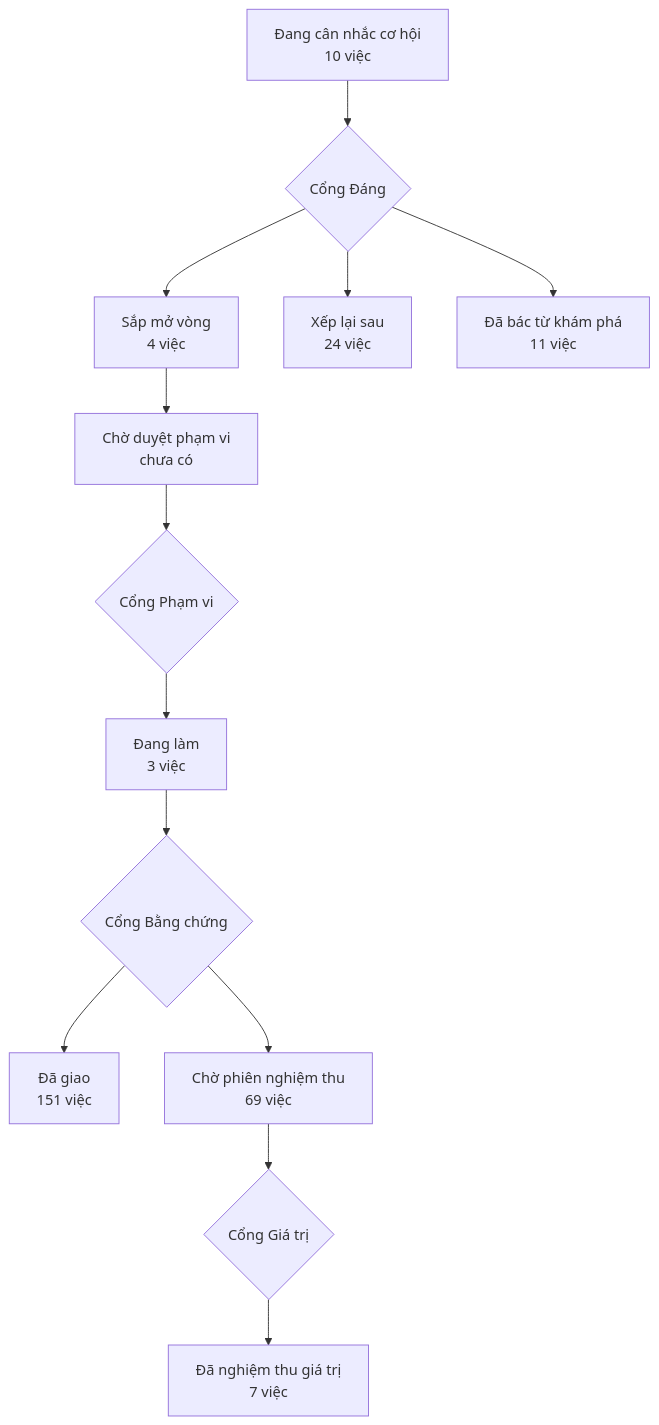
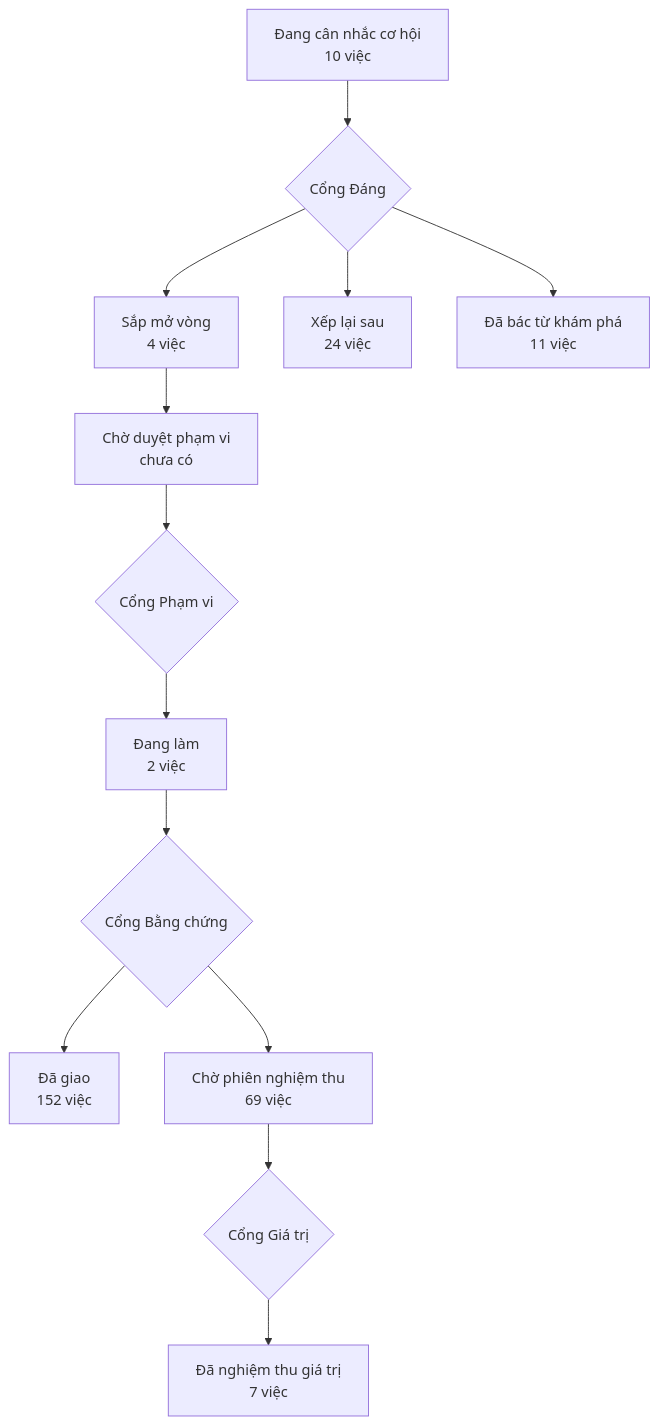
One commit to phanlemanh/acceptance-gate-kit changed the diagram in PRODUCT-MAP.md. Above: the diagram before and after it, drawn with Mermaid. The commit also changed other lines of this file and 8 other files, not shown here.

````diff
--- a/PRODUCT-MAP.md
+++ b/PRODUCT-MAP.md
@@ -7,12 +7,12 @@
 ```mermaid
 flowchart TD
   A["Đang cân nhắc cơ hội<br/>10 việc"] --> GD{"Cổng Đáng"}
   GD --> B["Sắp mở vòng<br/>4 việc"]
   GD --> XL["Xếp lại sau<br/>24 việc"]
   GD --> DB["Đã bác từ khám phá<br/>11 việc"]
   B --> CD["Chờ duyệt phạm vi<br/>chưa có"] --> GP{"Cổng Phạm vi"}
-  GP --> DL["Đang làm<br/>3 việc"] --> GB{"Cổng Bằng chứng"}
-  GB --> DG["Đã giao<br/>151 việc"]
+  GP --> DL["Đang làm<br/>2 việc"] --> GB{"Cổng Bằng chứng"}
+  GB --> DG["Đã giao<br/>152 việc"]
   GB --> CN["Chờ phiên nghiệm thu<br/>69 việc"] --> GG{"Cổng Giá trị"}
   GG --> NT["Đã nghiệm thu giá trị<br/>7 việc"]
 ```
````
